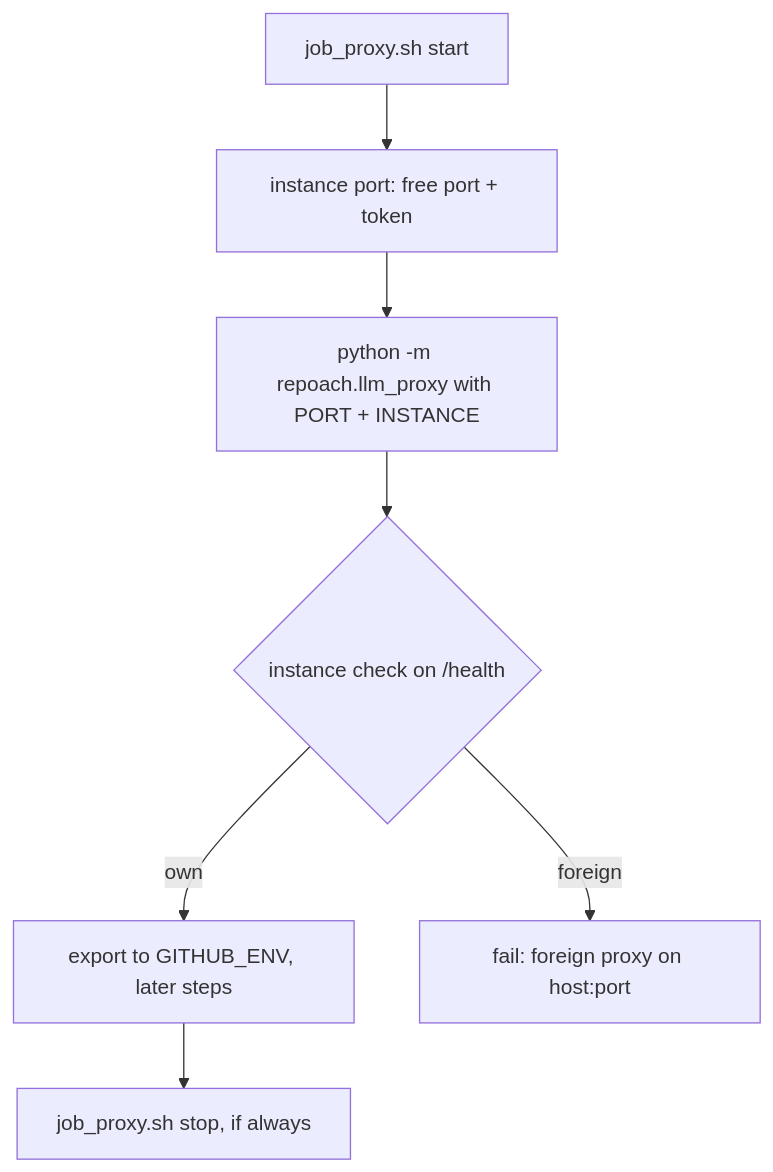
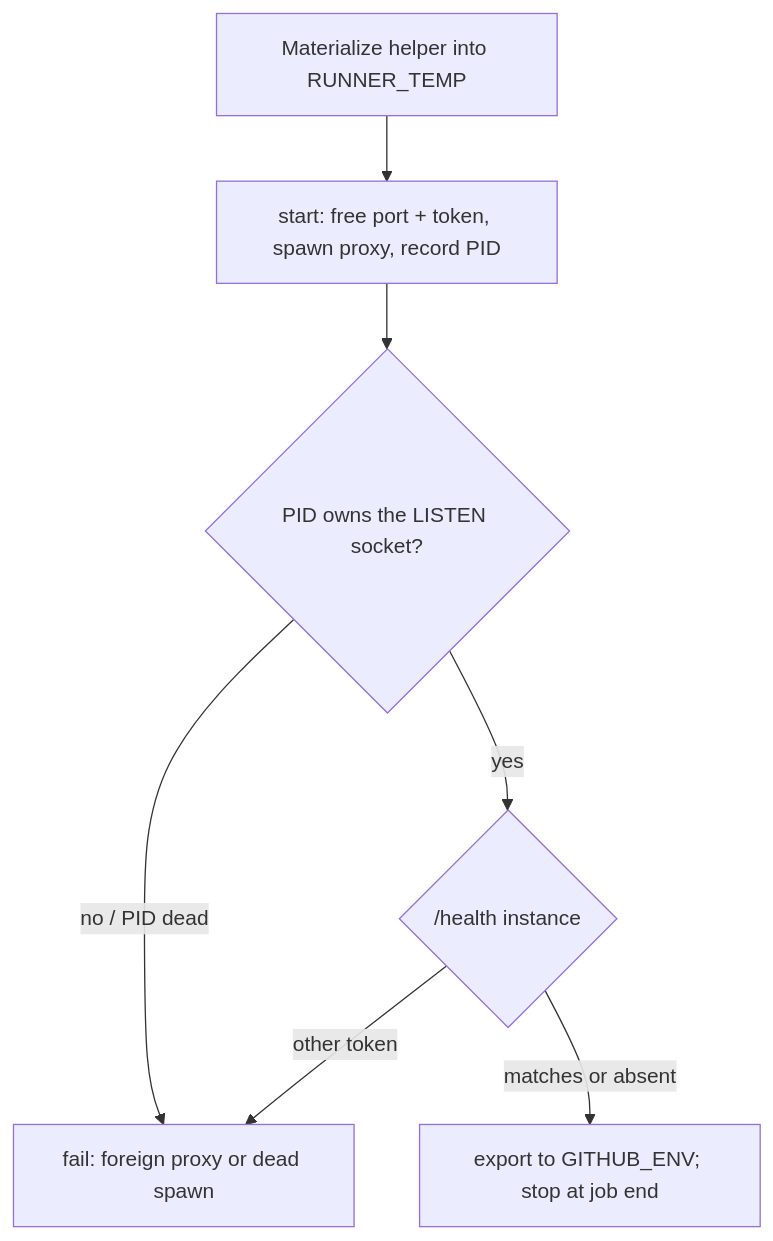
The diagram in docs/specs/2026-10-26_SP-JOB-PROXY-IS-PRIVATE-TO-ITS-JOB_one-proxy-per-job-on-its-own-port.md (repoachhq/repoach), drawn with Mermaid before and after one commit. The commit also changed other lines of this file, not shown here.

Commit message:
docs(specs): prove the job proxy by pid first, token second

````diff
--- a/docs/specs/2026-10-26_SP-JOB-PROXY-IS-PRIVATE-TO-ITS-JOB_one-proxy-per-job-on-its-own-port.md
+++ b/docs/specs/2026-10-26_SP-JOB-PROXY-IS-PRIVATE-TO-ITS-JOB_one-proxy-per-job-on-its-own-port.md
@@ -200,9 +239,9 @@
 ```mermaid
 flowchart TD
-    A[job_proxy.sh start] --> B[instance port: free port + token]
-    B --> C[python -m repoach.llm_proxy with PORT + INSTANCE]
-    C --> D{instance check on /health}
-    D -->|own| E[export to GITHUB_ENV, later steps]
-    D -->|foreign| F[fail: foreign proxy on host:port]
-    E --> G[job_proxy.sh stop, if always]
+    A[Materialize helper into RUNNER_TEMP] --> B[start: free port + token, spawn proxy, record PID]
+    B --> C{PID owns the LISTEN socket?}
+    C -->|no / PID dead| F[fail: foreign proxy or dead spawn]
+    C -->|yes| D{/health instance}
+    D -->|matches or absent| E[export to GITHUB_ENV; stop at job end]
+    D -->|other token| F
 ```
````
